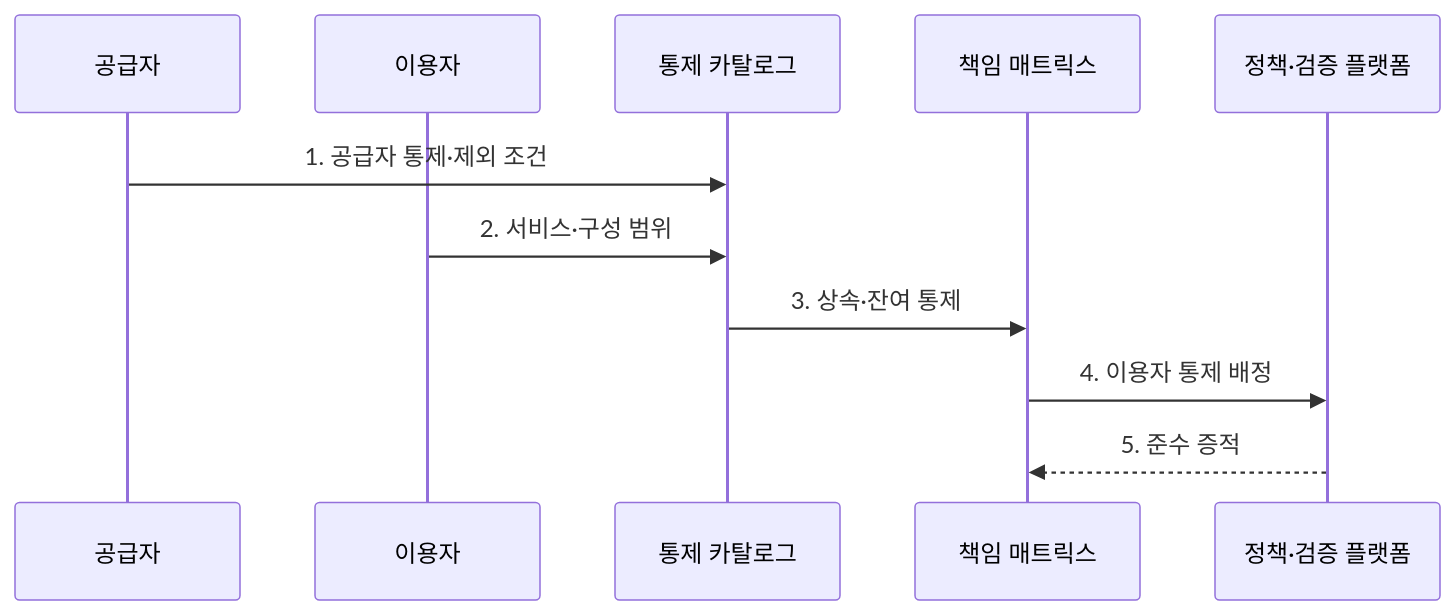
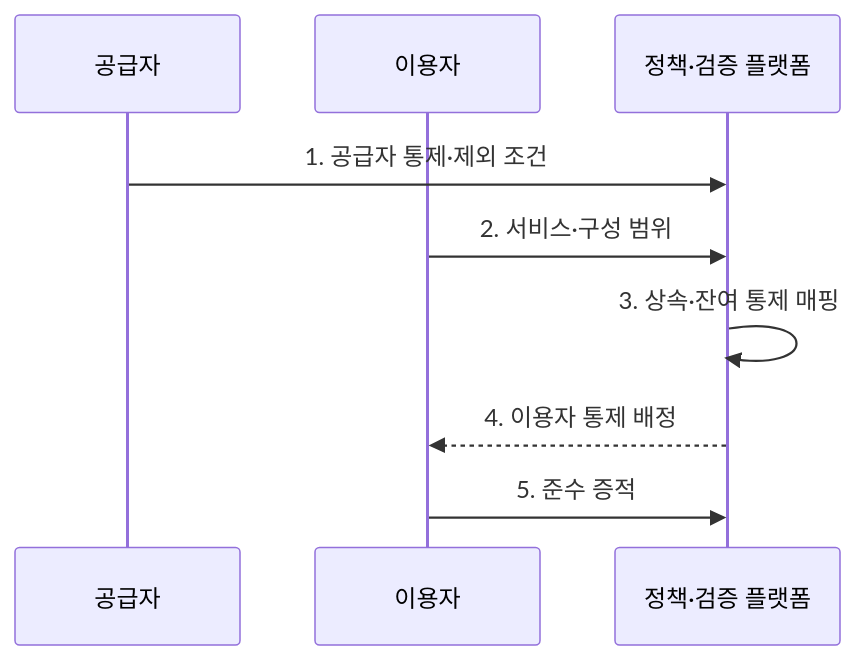
One commit to agnusdei1207/knowledge-base changed the second of 2 diagrams in src/content/docs/notes/03-software/145_shared_responsibility_model.md. Above: the diagram before and after it, drawn with Mermaid. The commit also changed 7 other files, not shown here.

Commit message:
Reduce cloud platform diagram actors

````diff
--- a/src/content/docs/notes/03-software/145_shared_responsibility_model.md
+++ b/src/content/docs/notes/03-software/145_shared_responsibility_model.md
@@ -97,13 +97,11 @@
 ```mermaid
 sequenceDiagram
     participant P as 공급자
     participant C as 이용자
-    participant K as 통제 카탈로그
-    participant R as 책임 매트릭스
     participant V as 정책·검증 플랫폼
-    P->>K: 1. 공급자 통제·제외 조건
-    C->>K: 2. 서비스·구성 범위
-    K->>R: 3. 상속·잔여 통제
-    R->>V: 4. 이용자 통제 배정
-    V-->>R: 5. 준수 증적
+    P->>V: 1. 공급자 통제·제외 조건
+    C->>V: 2. 서비스·구성 범위
+    V->>V: 3. 상속·잔여 통제 매핑
+    V-->>C: 4. 이용자 통제 배정
+    C->>V: 5. 준수 증적
 ```
````
